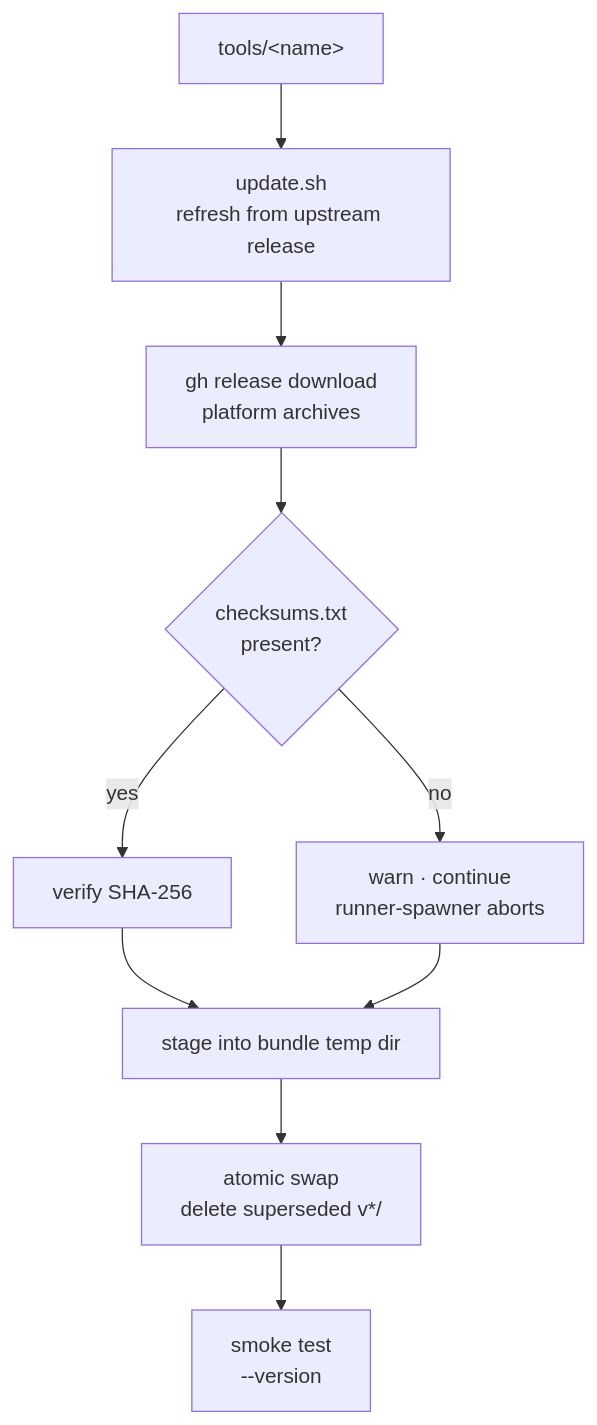
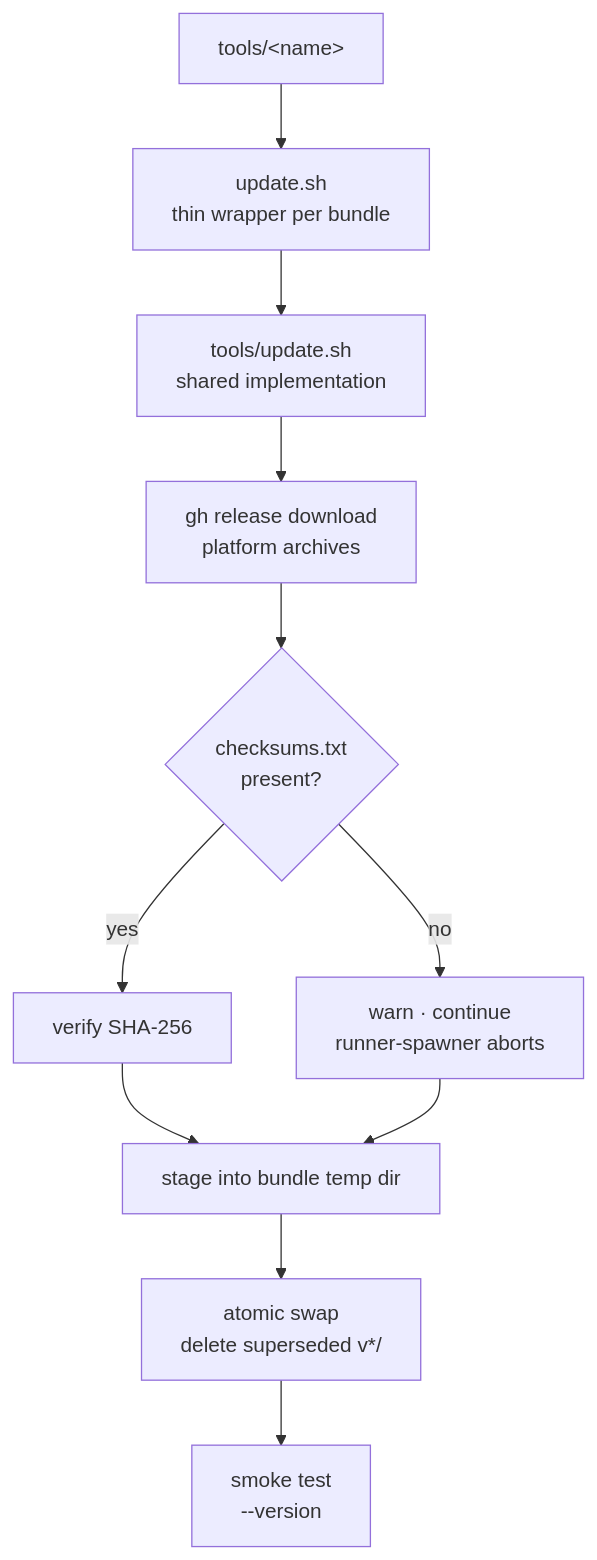
One commit to fordaj/runner-spawner changed the diagram in tools/README.md. Above: the diagram before and after it, drawn with Mermaid. The commit also changed other lines of this file and 31 other files, not shown here.

````diff
--- a/tools/README.md
+++ b/tools/README.md
@@ -3,13 +3,15 @@
 ```mermaid
 flowchart TD
-    Tools[tools/&lt;name&gt;] --> Upd[update.sh<br/>refresh from upstream release]
-    Upd --> DL[gh release download<br/>platform archives]
+    Tools[tools/&lt;name&gt;] --> Upd[update.sh<br/>thin wrapper per bundle]
+    Upd --> Shared[tools/update.sh<br/>shared implementation]
+    Shared --> DL[gh release download<br/>platform archives]
     DL --> Verify{checksums.txt<br/>present?}
     Verify -->|yes| OK[verify SHA-256]
     Verify -->|no| Warn[warn · continue<br/>runner-spawner aborts]
     OK --> Stage[stage into bundle temp dir]
     Warn --> Stage
     Stage --> Swap[atomic swap<br/>delete superseded v*/]
     Swap --> Smoke[smoke test<br/>--version]
     click Upd href "barnacle/update.sh.md"
+    click Shared href "update.sh.md"
 ```
````
